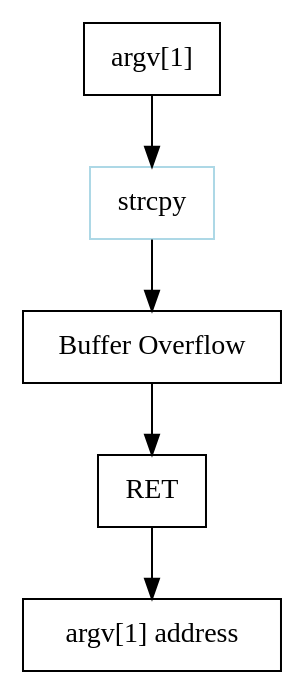
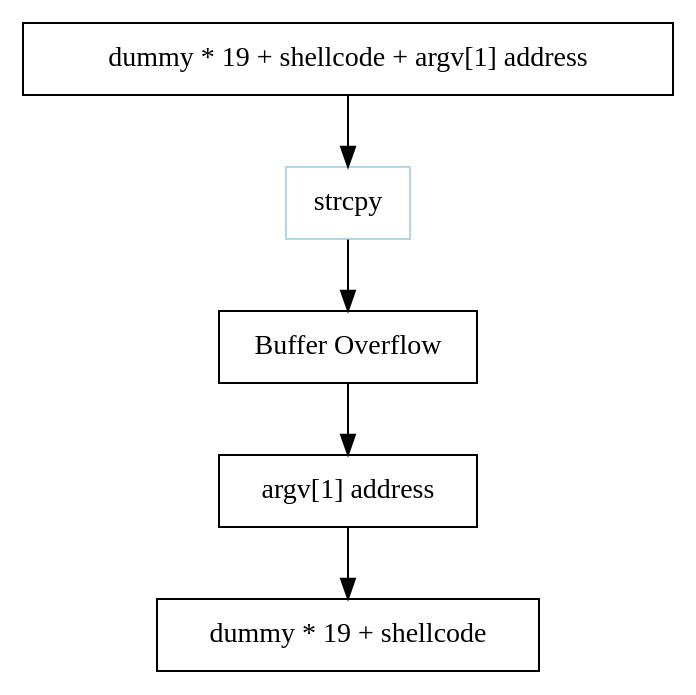
One commit to joizel/ctf_writeup changed the diagram in docs/wargame/pwnable/lob4.rst. Above: the diagram before and after it, drawn with Graphviz. The commit also changed other lines of this file and 11 other files, not shown here.

```diff
--- a/docs/wargame/pwnable/lob4.rst
+++ b/docs/wargame/pwnable/lob4.rst
@@ -6,11 +6,11 @@
 .. graphviz::
 
     digraph foo {
         a -> b -> c -> d -> e;
 
-        a [shape=box, label="argv[1]"];
+        a [shape=box, label="dummy * 19 + shellcode + argv[1] address"];
         b [shape=box, color=lightblue, label="strcpy"];
         c [shape=box, label="Buffer Overflow"];
-        d [shape=box, label="RET"];
-        e [shape=box, label="argv[1] address"];
+        d [shape=box, label="argv[1] address"];
+        e [shape=box, label="dummy * 19 + shellcode"];
     }
```
